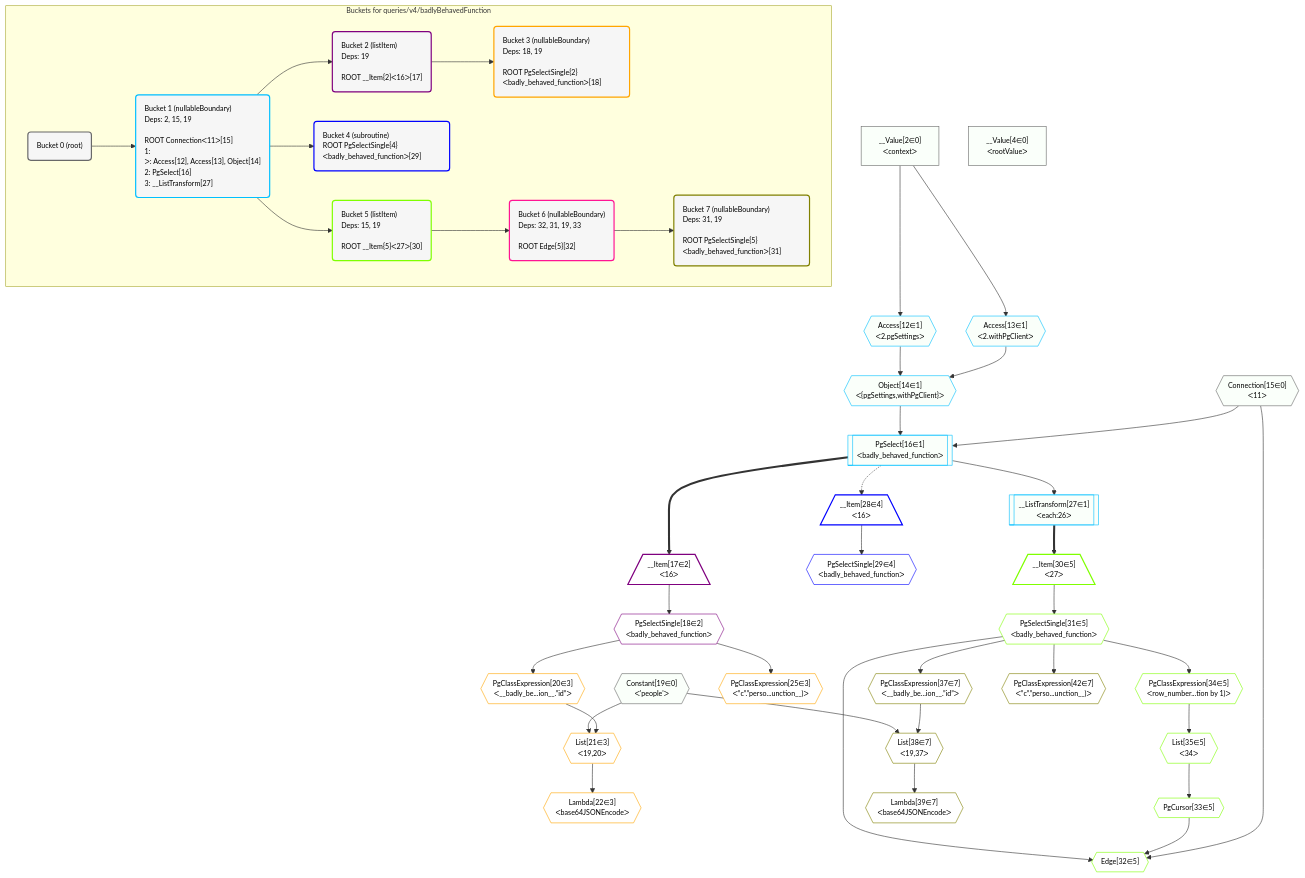
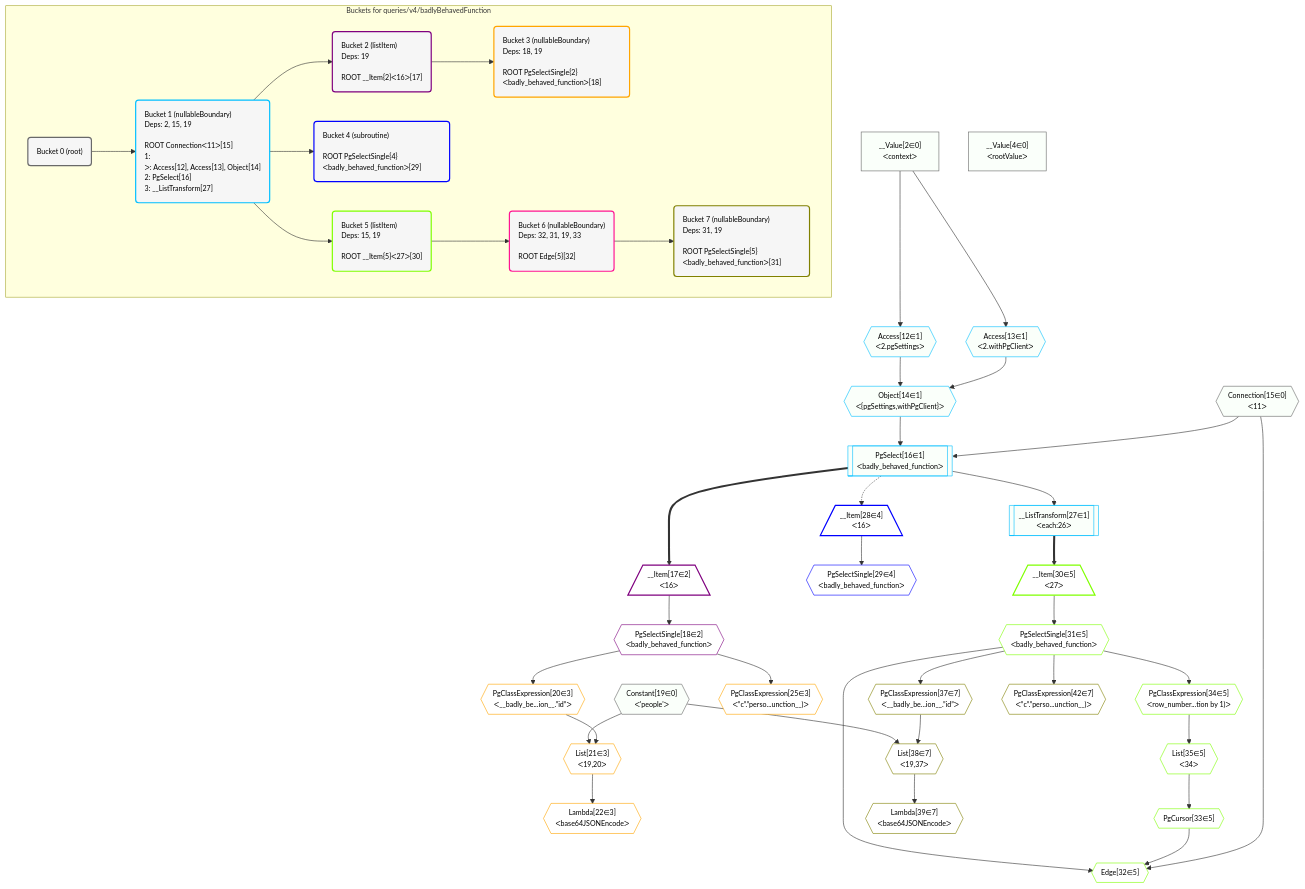
Before and after one commit to graphile/crystal: the diagram in postgraphile/postgraphile/__tests__/queries/v4/badlyBehavedFunction.mermaid, drawn with Mermaid. The commit also changed 279 other files, not shown here.

```diff
--- a/postgraphile/postgraphile/__tests__/queries/v4/badlyBehavedFunction.mermaid
+++ b/postgraphile/postgraphile/__tests__/queries/v4/badlyBehavedFunction.mermaid
@@ -1,97 +1,97 @@
 %%{init: {'themeVariables': { 'fontSize': '12px'}}}%%
 graph TD
     classDef path fill:#eee,stroke:#000,color:#000
     classDef plan fill:#fff,stroke-width:1px,color:#000
     classDef itemplan fill:#fff,stroke-width:2px,color:#000
     classDef unbatchedplan fill:#dff,stroke-width:1px,color:#000
     classDef sideeffectplan fill:#fcc,stroke-width:2px,color:#000
     classDef bucket fill:#f6f6f6,color:#000,stroke-width:2px,text-align:left
 
 
     %% plan dependencies
     __Value2["__Value[2∈0]<br />ᐸcontextᐳ"]:::plan
     __Value4["__Value[4∈0]<br />ᐸrootValueᐳ"]:::plan
     Connection15{{"Connection[15∈0]<br />ᐸ11ᐳ"}}:::plan
     Constant19{{"Constant[19∈0]<br />ᐸ'people'ᐳ"}}:::plan
     Object14{{"Object[14∈1]<br />ᐸ{pgSettings,withPgClient}ᐳ"}}:::plan
     Access12{{"Access[12∈1]<br />ᐸ2.pgSettingsᐳ"}}:::plan
     Access13{{"Access[13∈1]<br />ᐸ2.withPgClientᐳ"}}:::plan
     Access12 & Access13 --> Object14
     PgSelect16[["PgSelect[16∈1]<br />ᐸbadly_behaved_functionᐳ"]]:::plan
     Object14 & Connection15 --> PgSelect16
     __Value2 --> Access12
     __Value2 --> Access13
     __ListTransform27[["__ListTransform[27∈1]<br />ᐸeach:26ᐳ"]]:::plan
     PgSelect16 --> __ListTransform27
     __Item17[/"__Item[17∈2]<br />ᐸ16ᐳ"\]:::itemplan
     PgSelect16 ==> __Item17
     PgSelectSingle18{{"PgSelectSingle[18∈2]<br />ᐸbadly_behaved_functionᐳ"}}:::plan
     __Item17 --> PgSelectSingle18
     List21{{"List[21∈3]<br />ᐸ19,20ᐳ"}}:::plan
     PgClassExpression20{{"PgClassExpression[20∈3]<br />ᐸ__badly_be...ion__.”id”ᐳ"}}:::plan
     Constant19 & PgClassExpression20 --> List21
     PgSelectSingle18 --> PgClassExpression20
     Lambda22{{"Lambda[22∈3]<br />ᐸbase64JSONEncodeᐳ"}}:::plan
     List21 --> Lambda22
     PgClassExpression25{{"PgClassExpression[25∈3]<br />ᐸ”c”.”perso...unction__)ᐳ"}}:::plan
     PgSelectSingle18 --> PgClassExpression25
     __Item28[/"__Item[28∈4]<br />ᐸ16ᐳ"\]:::itemplan
     PgSelect16 -.-> __Item28
     PgSelectSingle29{{"PgSelectSingle[29∈4]<br />ᐸbadly_behaved_functionᐳ"}}:::plan
     __Item28 --> PgSelectSingle29
     Edge32{{"Edge[32∈5]"}}:::plan
     PgSelectSingle31{{"PgSelectSingle[31∈5]<br />ᐸbadly_behaved_functionᐳ"}}:::plan
     PgCursor33{{"PgCursor[33∈5]"}}:::plan
     PgSelectSingle31 & PgCursor33 & Connection15 --> Edge32
     __Item30[/"__Item[30∈5]<br />ᐸ27ᐳ"\]:::itemplan
     __ListTransform27 ==> __Item30
     __Item30 --> PgSelectSingle31
     List35{{"List[35∈5]<br />ᐸ34ᐳ"}}:::plan
     List35 --> PgCursor33
     PgClassExpression34{{"PgClassExpression[34∈5]<br />ᐸrow_number...tion by 1)ᐳ"}}:::plan
     PgSelectSingle31 --> PgClassExpression34
     PgClassExpression34 --> List35
     List38{{"List[38∈7]<br />ᐸ19,37ᐳ"}}:::plan
     PgClassExpression37{{"PgClassExpression[37∈7]<br />ᐸ__badly_be...ion__.”id”ᐳ"}}:::plan
     Constant19 & PgClassExpression37 --> List38
     PgSelectSingle31 --> PgClassExpression37
     Lambda39{{"Lambda[39∈7]<br />ᐸbase64JSONEncodeᐳ"}}:::plan
     List38 --> Lambda39
     PgClassExpression42{{"PgClassExpression[42∈7]<br />ᐸ”c”.”perso...unction__)ᐳ"}}:::plan
     PgSelectSingle31 --> PgClassExpression42
 
     %% define steps
 
     subgraph "Buckets for queries/v4/badlyBehavedFunction"
     Bucket0("Bucket 0 (root)"):::bucket
     classDef bucket0 stroke:#696969
     class Bucket0,__Value2,__Value4,Connection15,Constant19 bucket0
     Bucket1("Bucket 1 (nullableBoundary)<br />Deps: 2, 15, 19<br /><br />ROOT Connectionᐸ11ᐳ[15]<br />1: <br />ᐳ: Access[12], Access[13], Object[14]<br />2: PgSelect[16]<br />3: __ListTransform[27]"):::bucket
     classDef bucket1 stroke:#00bfff
     class Bucket1,Access12,Access13,Object14,PgSelect16,__ListTransform27 bucket1
     Bucket2("Bucket 2 (listItem)<br />Deps: 19<br /><br />ROOT __Item{2}ᐸ16ᐳ[17]"):::bucket
     classDef bucket2 stroke:#7f007f
     class Bucket2,__Item17,PgSelectSingle18 bucket2
     Bucket3("Bucket 3 (nullableBoundary)<br />Deps: 18, 19<br /><br />ROOT PgSelectSingle{2}ᐸbadly_behaved_functionᐳ[18]"):::bucket
     classDef bucket3 stroke:#ffa500
     class Bucket3,PgClassExpression20,List21,Lambda22,PgClassExpression25 bucket3
-    Bucket4("Bucket 4 (subroutine)<br />ROOT PgSelectSingle{4}ᐸbadly_behaved_functionᐳ[29]"):::bucket
+    Bucket4("Bucket 4 (subroutine)<br /><br />ROOT PgSelectSingle{4}ᐸbadly_behaved_functionᐳ[29]"):::bucket
     classDef bucket4 stroke:#0000ff
     class Bucket4,__Item28,PgSelectSingle29 bucket4
     Bucket5("Bucket 5 (listItem)<br />Deps: 15, 19<br /><br />ROOT __Item{5}ᐸ27ᐳ[30]"):::bucket
     classDef bucket5 stroke:#7fff00
     class Bucket5,__Item30,PgSelectSingle31,Edge32,PgCursor33,PgClassExpression34,List35 bucket5
     Bucket6("Bucket 6 (nullableBoundary)<br />Deps: 32, 31, 19, 33<br /><br />ROOT Edge{5}[32]"):::bucket
     classDef bucket6 stroke:#ff1493
     class Bucket6 bucket6
     Bucket7("Bucket 7 (nullableBoundary)<br />Deps: 31, 19<br /><br />ROOT PgSelectSingle{5}ᐸbadly_behaved_functionᐳ[31]"):::bucket
     classDef bucket7 stroke:#808000
     class Bucket7,PgClassExpression37,List38,Lambda39,PgClassExpression42 bucket7
     Bucket0 --> Bucket1
     Bucket1 --> Bucket2 & Bucket4 & Bucket5
     Bucket2 --> Bucket3
     Bucket5 --> Bucket6
     Bucket6 --> Bucket7
     classDef unary fill:#fafffa,borderWidth:8px
     class __Value2,__Value4,Connection15,Constant19,Object14,PgSelect16,Access12,Access13,__ListTransform27 unary
     end
```
